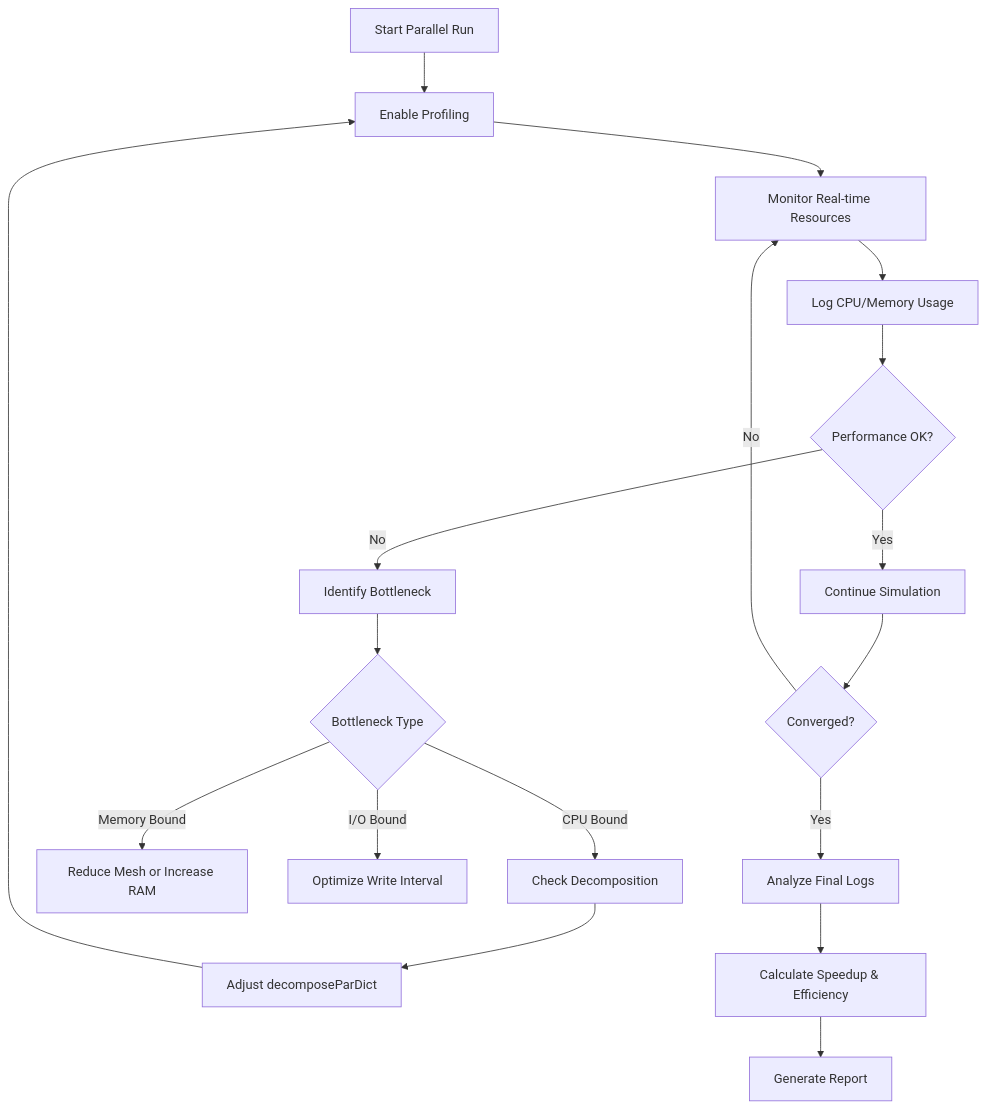
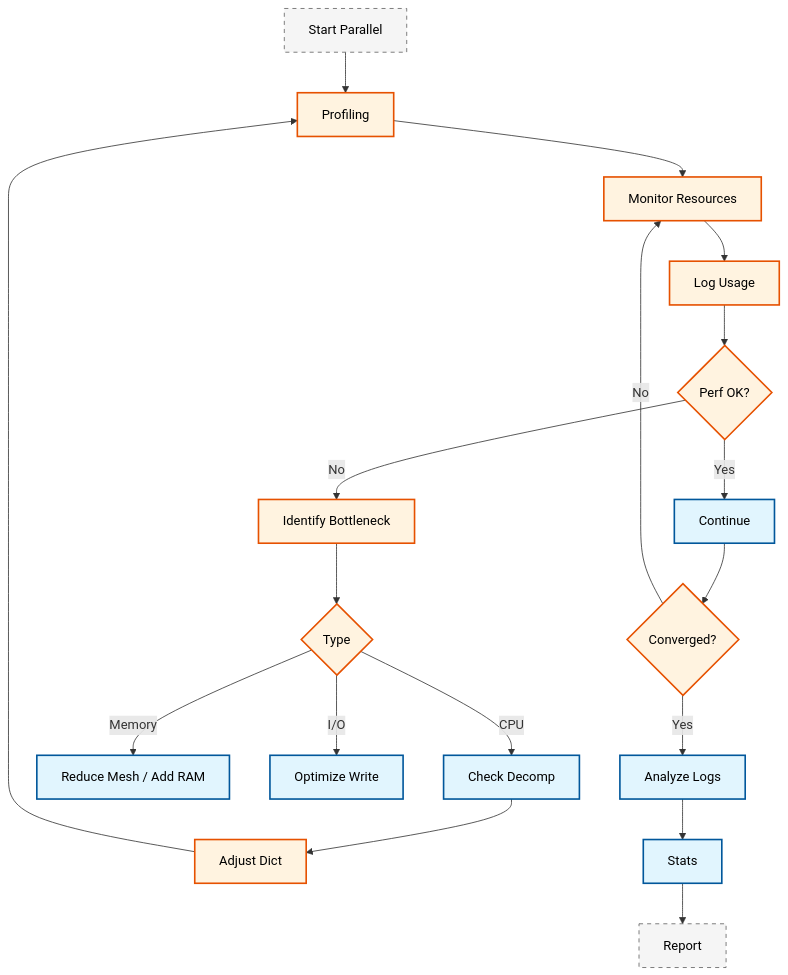
One commit to wramet/build-my-cfd changed the first of 2 diagrams in MODULE_07_UTILITIES_AUTOMATION/CONTENT/06_PARALLEL_COMPUTING/02_Performance_Monitoring.md. Above: the diagram before and after it, drawn with Mermaid. The commit also changed other lines of this file and 313 other files, not shown here.

Commit message:
Revise all diagram

````diff
--- a/MODULE_07_UTILITIES_AUTOMATION/CONTENT/06_PARALLEL_COMPUTING/02_Performance_Monitoring.md
+++ b/MODULE_07_UTILITIES_AUTOMATION/CONTENT/06_PARALLEL_COMPUTING/02_Performance_Monitoring.md
@@ -608,25 +608,23 @@
 ```mermaid
 flowchart TD
-    A["Start Parallel Run"] --> B["Enable Profiling"]
-    B --> C["Monitor Real-time Resources"]
-    C --> D["Log CPU/Memory Usage"]
-
-    D --> E{Performance OK?}
-    E -->|Yes| F["Continue Simulation"]
-    E -->|No| G["Identify Bottleneck"]
-
-    G --> H{Bottleneck Type}
-    H -->|CPU Bound| I["Check Decomposition"]
-    H -->|Memory Bound| J["Reduce Mesh or Increase RAM"]
-    H -->|I/O Bound| K["Optimize Write Interval"]
-
-    I --> L["Adjust decomposeParDict"]
-    L --> B
-
-    F --> M{Converged?}
-    M -->|No| C
-    M -->|Yes| N["Analyze Final Logs"]
-
-    N --> O["Calculate Speedup & Efficiency"]
-    O --> P["Generate Report"]
+classDef implicit fill:#e1f5fe,stroke:#01579b,stroke-width:2px,color:#000
+classDef explicit fill:#fff3e0,stroke:#e65100,stroke-width:2px,color:#000
+classDef context fill:#f5f5f5,stroke:#616161,stroke-width:1px,color:#000,stroke-dasharray: 5 5
+A[Start Parallel]:::context --> B[Profiling]:::explicit
+B --> C[Monitor Resources]:::explicit
+C --> D[Log Usage]:::explicit
+D --> E{Perf OK?}:::explicit
+E -->|Yes| F[Continue]:::implicit
+E -->|No| G[Identify Bottleneck]:::explicit
+G --> H{Type}:::explicit
+H -->|CPU| I[Check Decomp]:::implicit
+H -->|Memory| J[Reduce Mesh / Add RAM]:::implicit
+H -->|I/O| K[Optimize Write]:::implicit
+I --> L[Adjust Dict]:::explicit
+L --> B
+F --> M{Converged?}:::explicit
+M -->|No| C
+M -->|Yes| N[Analyze Logs]:::implicit
+N --> O[Stats]:::implicit
+O --> P[Report]:::context
 ```
````
